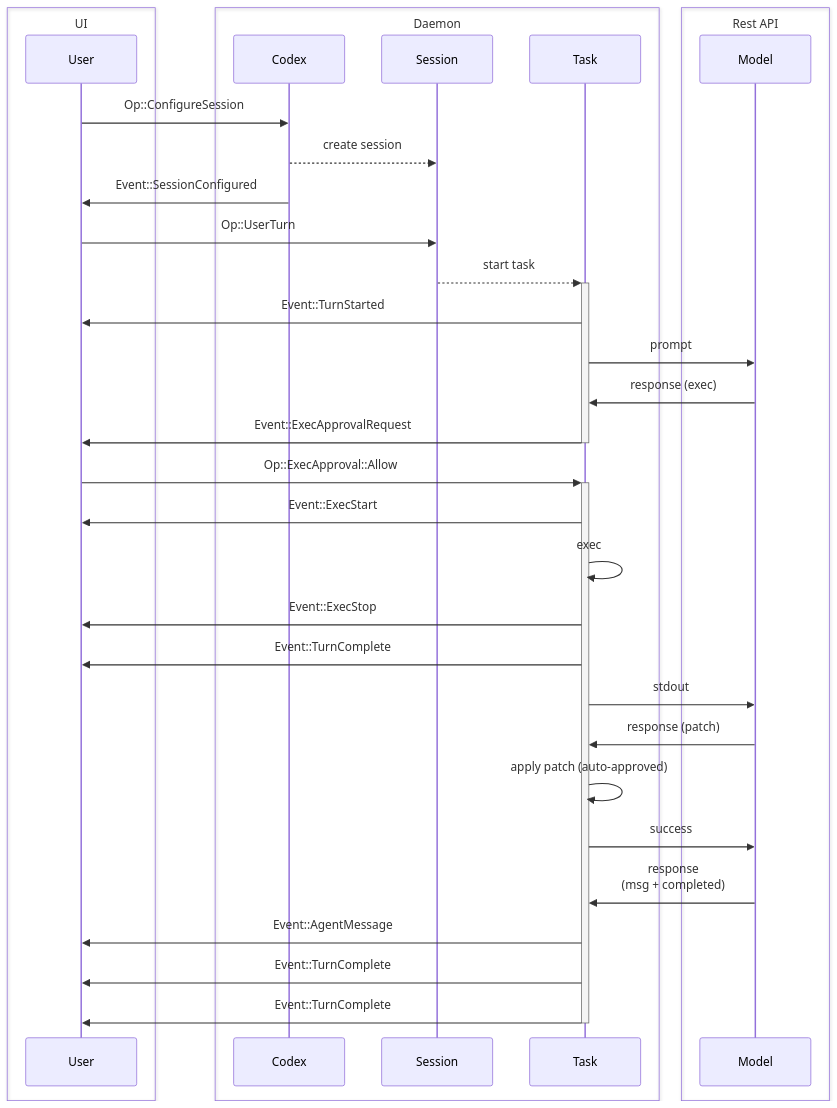
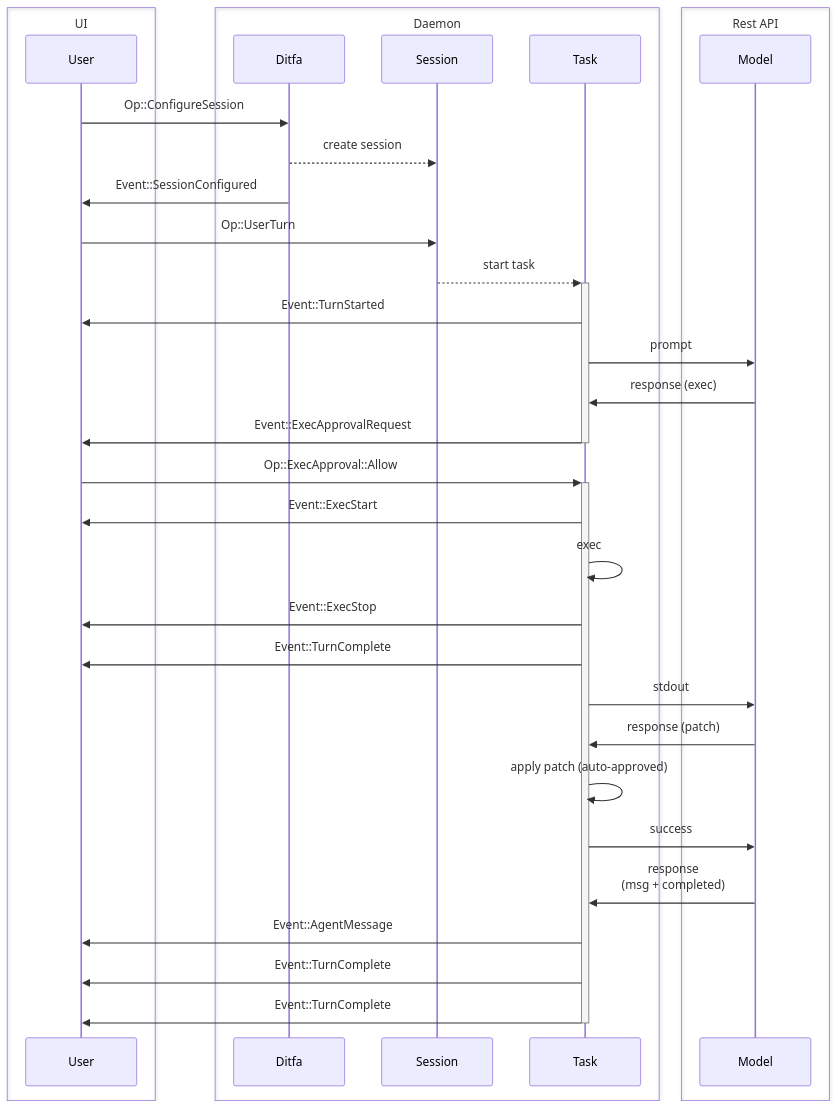
The first of 2 diagrams in ditfa-rs/docs/protocol_v1.md (ditfa-dev/ditfa-cli), drawn with Mermaid before and after one commit. The commit also changed other lines of this file and 3393 other files, not shown here.

````diff
--- a/ditfa-rs/docs/protocol_v1.md
+++ b/ditfa-rs/docs/protocol_v1.md
@@ -117,36 +117,36 @@
 ```mermaid
 sequenceDiagram
     box UI
     participant user as User
     end
     box Daemon
-    participant codex as Codex
+    participant ditfa as Ditfa
     participant session as Session
     participant task as Task
     end
     box Rest API
     participant agent as Model
     end
-    user->>codex: Op::ConfigureSession
-    codex-->>session: create session
-    codex->>user: Event::SessionConfigured
+    user->>ditfa: Op::ConfigureSession
+    ditfa-->>session: create session
+    ditfa->>user: Event::SessionConfigured
     user->>session: Op::UserTurn
     session-->>+task: start task
     task->>user: Event::TurnStarted
     task->>agent: prompt
     agent->>task: response (exec)
     task->>-user: Event::ExecApprovalRequest
     user->>+task: Op::ExecApproval::Allow
     task->>user: Event::ExecStart
     task->>task: exec
     task->>user: Event::ExecStop
     task->>user: Event::TurnComplete
     task->>agent: stdout
     agent->>task: response (patch)
     task->>task: apply patch (auto-approved)
     task->>agent: success
     agent->>task: response<br/>(msg + completed)
     task->>user: Event::AgentMessage
     task->>user: Event::TurnComplete
     task->>-user: Event::TurnComplete
 ```
````
